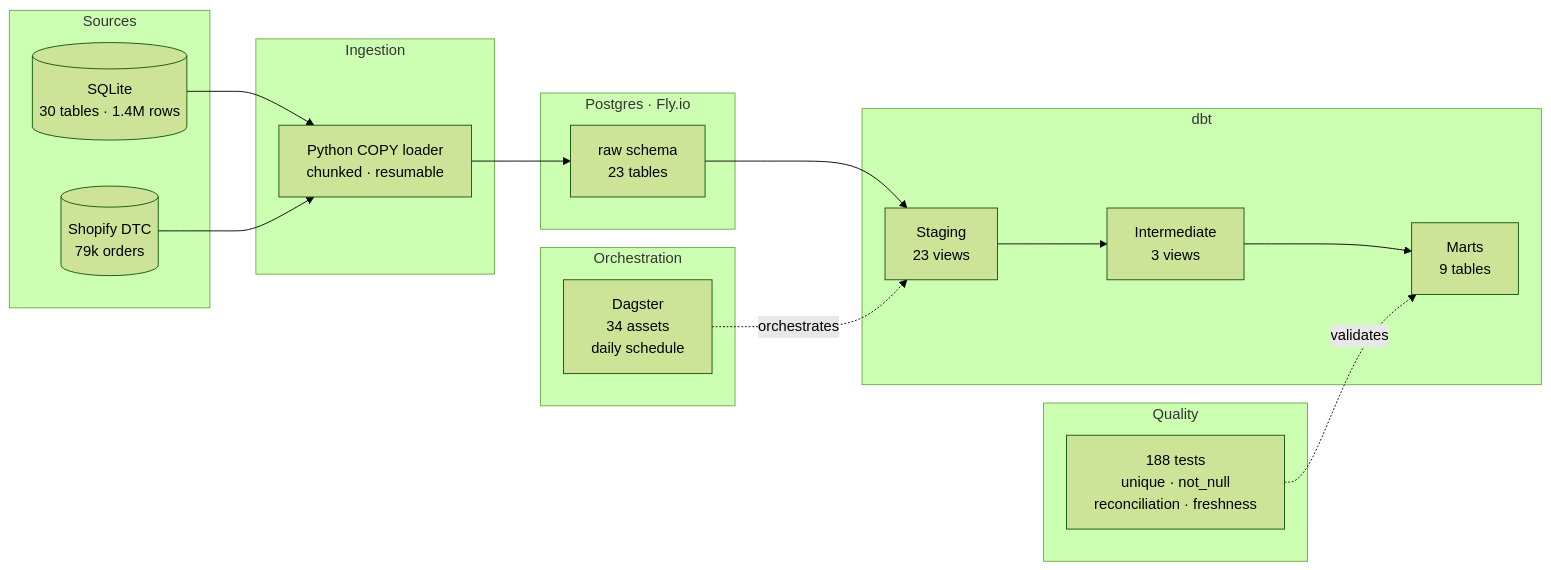
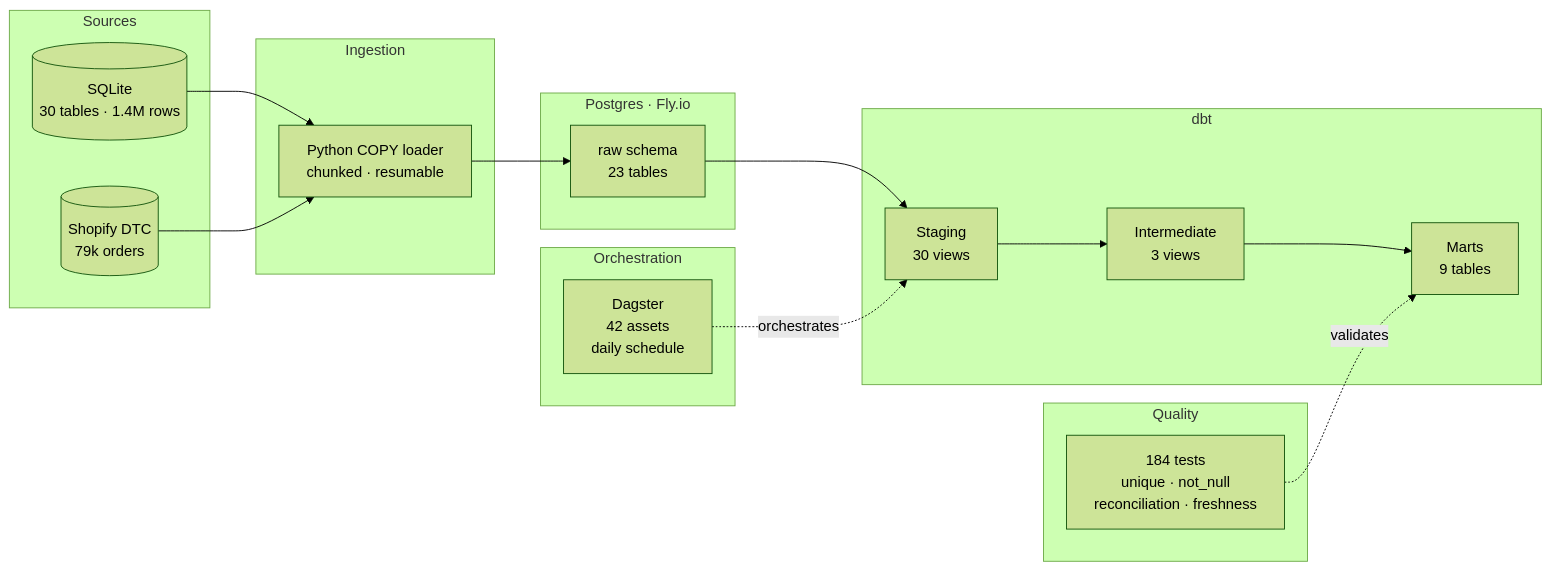
Before and after one commit to MsShawnP/cinderhaven-data-platform: the diagram in README.md, drawn with Mermaid (forest theme). The commit also changed other lines of this file and 10 other files, not shown here.

````diff
--- a/README.md
+++ b/README.md
@@ -14,38 +14,38 @@
 ```mermaid
 graph LR
     subgraph Sources
         S1[("SQLite<br/>30 tables · 1.4M rows")]
         S2[("Shopify DTC<br/>79k orders")]
     end
 
     subgraph Ingestion
         I["Python COPY loader<br/>chunked · resumable"]
     end
 
     subgraph "Postgres · Fly.io"
         R["raw schema<br/>23 tables"]
     end
 
     subgraph "dbt"
-        D1["Staging<br/>23 views"]
+        D1["Staging<br/>30 views"]
         D2["Intermediate<br/>3 views"]
         D3["Marts<br/>9 tables"]
     end
 
     subgraph Quality
-        T["188 tests<br/>unique · not_null<br/>reconciliation · freshness"]
+        T["184 tests<br/>unique · not_null<br/>reconciliation · freshness"]
     end
 
     subgraph Orchestration
-        G["Dagster<br/>34 assets<br/>daily schedule"]
+        G["Dagster<br/>42 assets<br/>daily schedule"]
     end
 
     S1 --> I
     S2 --> I
     I --> R
     R --> D1
     D1 --> D2
     D2 --> D3
     T -. "validates" .-> D3
     G -. "orchestrates" .-> D1
 ```
````
